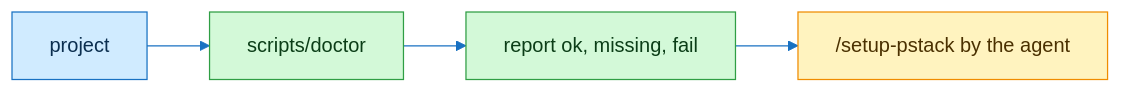
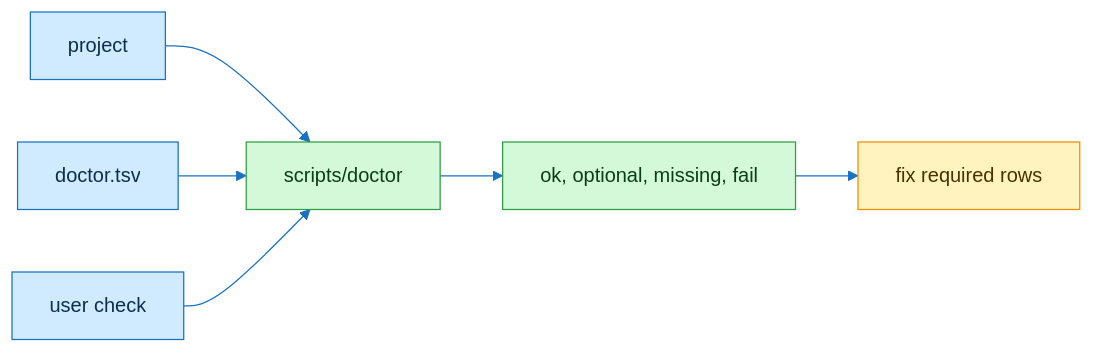
One commit to thecuriousts/ensembly changed the diagram in marketplaces/cursor/flowingstack/skills/doctor/SKILL.md. Above: the diagram before and after it, drawn with Mermaid. The commit also changed other lines of this file and 23 other files, not shown here.

First line of the commit message:
flowingstack: keep house rules off the default path

````diff
--- a/marketplaces/cursor/flowingstack/skills/doctor/SKILL.md
+++ b/marketplaces/cursor/flowingstack/skills/doctor/SKILL.md
@@ -13,13 +13,15 @@
 ```mermaid
 %%{init: {"theme": "base", "themeVariables": {"primaryColor": "#fff3bf", "primaryBorderColor": "#f08c00", "primaryTextColor": "#4a3000", "secondaryColor": "#d0ebff", "tertiaryColor": "#d3f9d8", "lineColor": "#1971c2", "fontFamily": "Inter"}}}%%
 flowchart LR
   p["project"] --> d["scripts/doctor"]
-  d --> r["report ok, missing, fail"]
-  r --> s["/setup-pstack by the agent"]
+  b["doctor.tsv"] --> d
+  u["user check"] --> d
+  d --> r["ok, optional, missing, fail"]
+  r --> s["fix required rows"]
   classDef input fill:#d0ebff,stroke:#1971c2,color:#0b2e4f
   classDef task fill:#d3f9d8,stroke:#2f9e44,color:#0b3d17
   classDef action fill:#fff3bf,stroke:#f08c00,color:#4a3000
-  class p input
+  class p,b,u input
   class d,r task
   class s action
 ```
````
